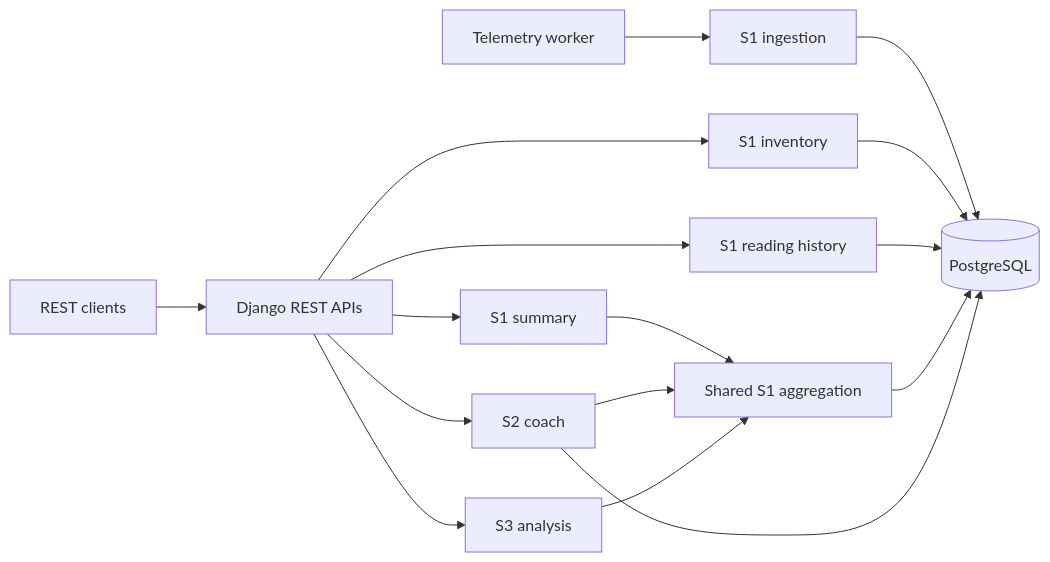
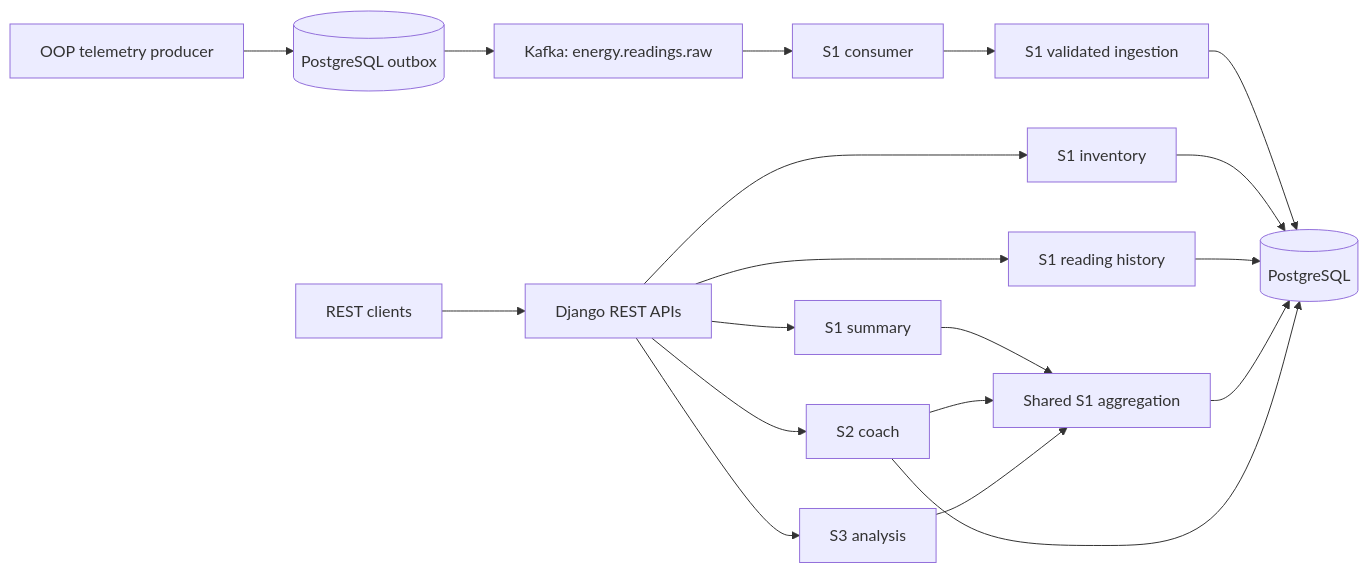
The diagram in README.md (Techrifat97/AI-Powered-Smart-Energy-Management-System), drawn with Mermaid before and after one commit. The commit also changed other lines of this file and 33 other files, not shown here.

Commit message:
Add Kafka streaming OOP architecture and automatic demo data

````diff
--- a/README.md
+++ b/README.md
@@ -38,18 +39,21 @@
 ```mermaid
 flowchart LR
-    Worker[Telemetry worker] --> Ingestion[S1 ingestion]
+    Worker[OOP telemetry producer] --> Outbox[(PostgreSQL outbox)]
+    Outbox --> Kafka[Kafka: energy.readings.raw]
+    Kafka --> Consumer[S1 consumer]
+    Consumer --> Ingestion[S1 validated ingestion]
     Ingestion --> DB[(PostgreSQL)]
     Clients[REST clients] --> API[Django REST APIs]
     API --> Inventory[S1 inventory]
     Inventory --> DB
     API --> History[S1 reading history]
     History --> DB
     API --> Summary[S1 summary]
     API --> Coach[S2 coach]
     API --> Analysis[S3 analysis]
     Summary --> Shared[Shared S1 aggregation]
     Coach --> Shared
     Analysis --> Shared
     Shared --> DB
     Coach --> DB
 ```
````
